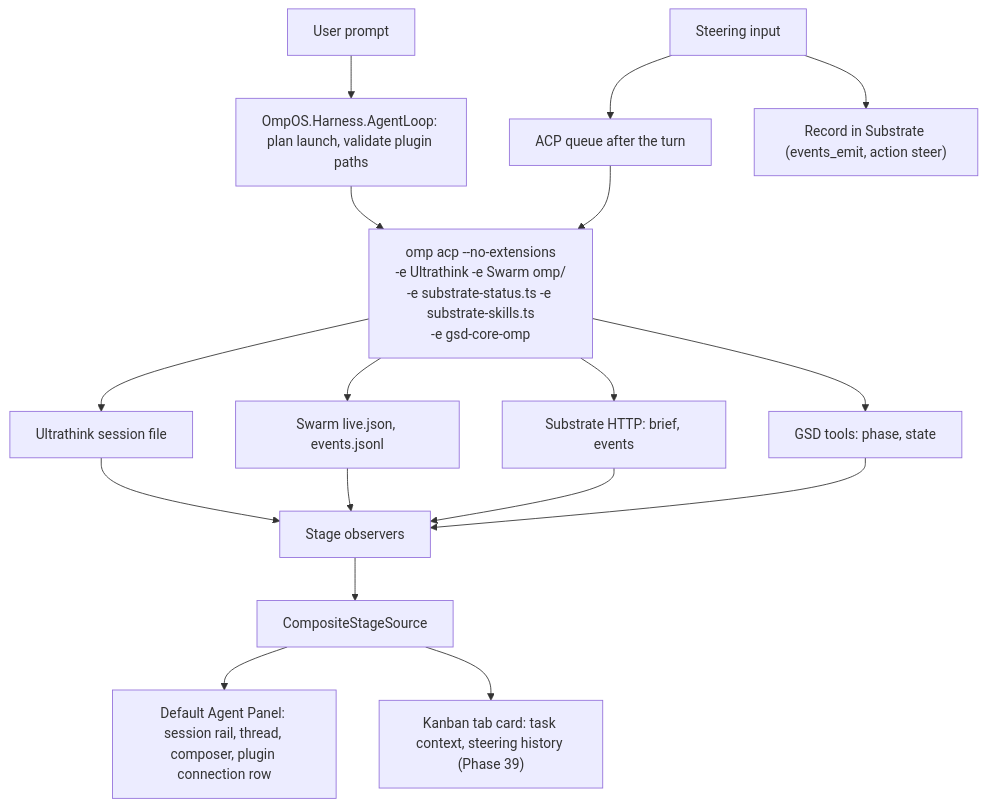
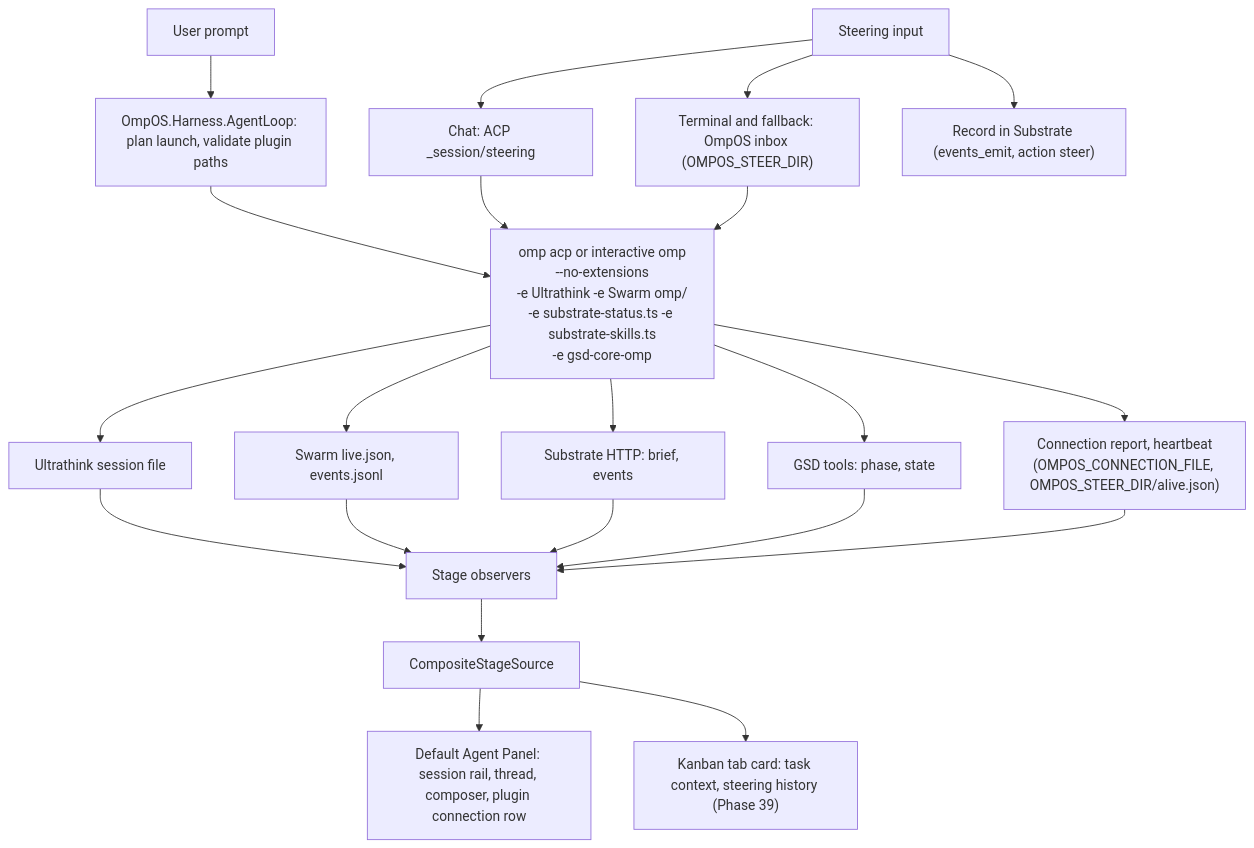
One commit to swcstudiospace/OmpOS changed the second of 2 diagrams in docs/architecture.md. Above: the diagram before and after it, drawn with Mermaid. The commit also changed other lines of this file and 26 other files, not shown here.

````diff
--- a/docs/architecture.md
+++ b/docs/architecture.md
@@ -72,19 +72,23 @@
 ```mermaid
 flowchart TB
     U["User prompt"] --> H["OmpOS.Harness.AgentLoop: plan launch, validate plugin paths"]
-    H --> O["omp acp --no-extensions<br/>-e Ultrathink -e Swarm omp/<br/>-e substrate-status.ts -e substrate-skills.ts<br/>-e gsd-core-omp"]
+    H --> O["omp acp or interactive omp<br/>--no-extensions<br/>-e Ultrathink -e Swarm omp/<br/>-e substrate-status.ts -e substrate-skills.ts<br/>-e gsd-core-omp"]
     O --> UT["Ultrathink session file"]
     O --> SW["Swarm live.json, events.jsonl"]
     O --> SB["Substrate HTTP: brief, events"]
     O --> GS["GSD tools: phase, state"]
     UT --> OB["Stage observers"]
     SW --> OB
     SB --> OB
     GS --> OB
+    O --> CR["Connection report, heartbeat<br/>(OMPOS_CONNECTION_FILE, OMPOS_STEER_DIR/alive.json)"]
+    CR --> OB
     OB --> CS["CompositeStageSource"]
     CS --> P["Default Agent Panel: session rail, thread, composer, plugin connection row"]
     CS --> K["Kanban tab card: task context, steering history (Phase 39)"]
-    ST["Steering input"] --> Q["ACP queue after the turn"]
-    Q --> O
+    ST["Steering input"] --> N["Chat: ACP _session/steering"]
+    ST --> I["Terminal and fallback: OmpOS inbox (OMPOS_STEER_DIR)"]
+    N --> O
+    I --> O
     ST --> R["Record in Substrate (events_emit, action steer)"]
 ```
````
